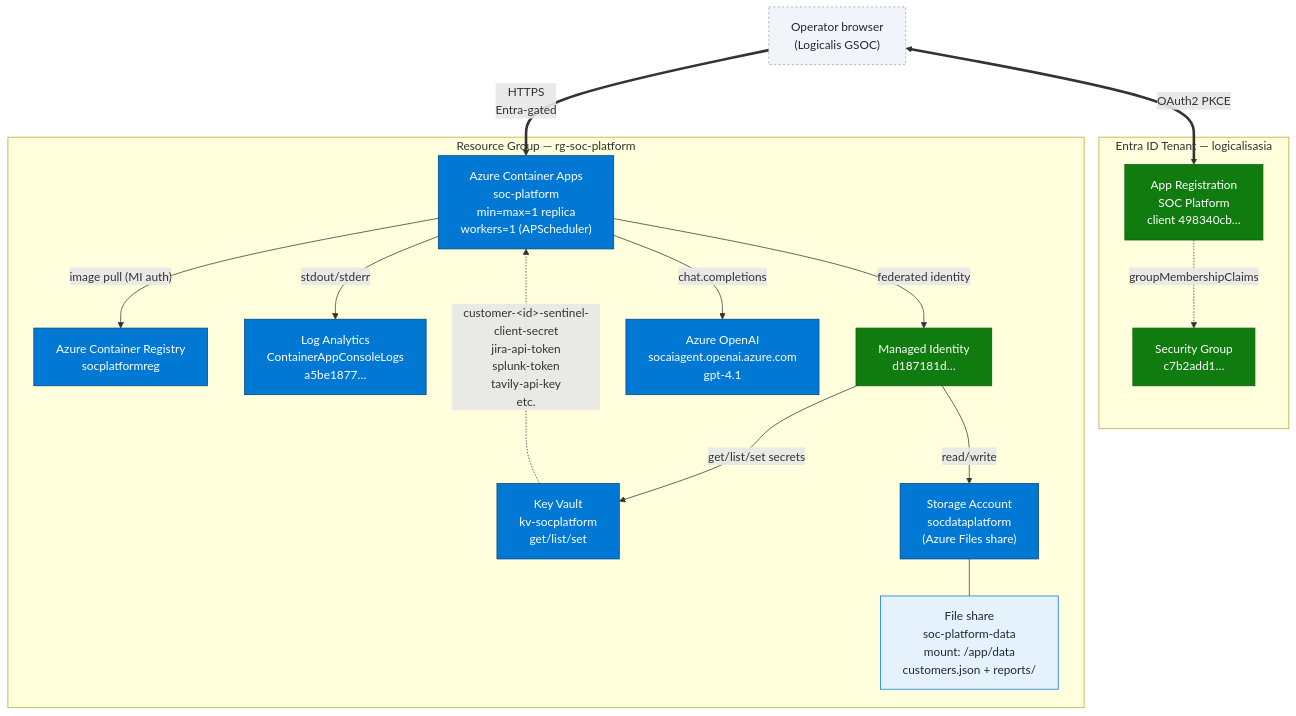
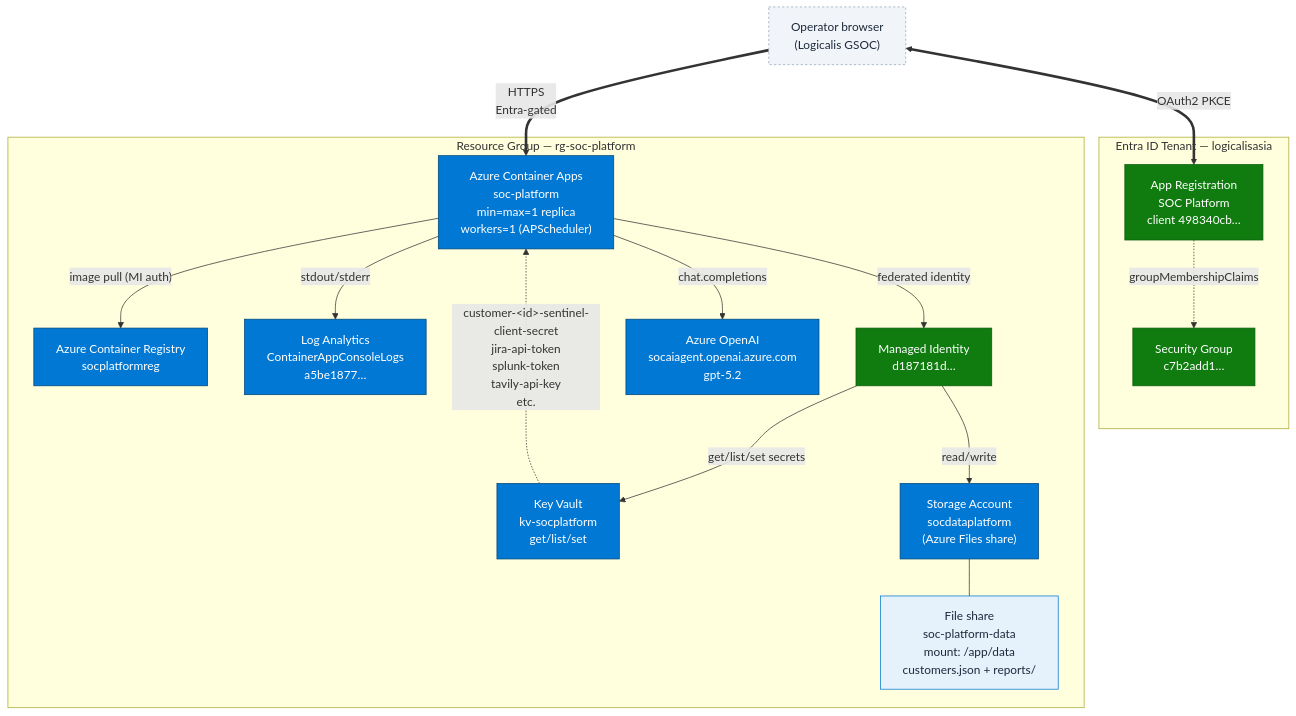
Before and after one commit to eugenechia/soc-platform: the second of 4 diagrams in docs/architecture/ARCHITECTURE.md, drawn with Mermaid. The commit also changed other lines of this file and 7 other files, not shown here.

````diff
--- a/docs/architecture/ARCHITECTURE.md
+++ b/docs/architecture/ARCHITECTURE.md
@@ -91,39 +91,39 @@
 ```mermaid
 flowchart TB
     classDef azureRes fill:#0078D4,color:#fff,stroke:#004578,stroke-width:1px
     classDef storage  fill:#E5F1FB,color:#1E293B,stroke:#0078D4,stroke-width:1px
     classDef identity fill:#107C10,color:#fff,stroke:#0B5C0B,stroke-width:1px
     classDef external fill:#F1F5F9,color:#1E293B,stroke:#94A3B8,stroke-width:1px,stroke-dasharray:3 3
 
     USR["Operator browser<br/>(Logicalis GSOC)"]:::external
 
     subgraph TENANT["Entra ID Tenant — logicalisasia"]
         AAD["App Registration<br/>SOC Platform<br/>client 498340cb…"]:::identity
         SG["Security Group<br/>c7b2add1…"]:::identity
     end
 
     subgraph RG["Resource Group — rg-soc-platform"]
         ACA["Azure Container Apps<br/>soc-platform<br/>min=max=1 replica<br/>workers=1 (APScheduler)"]:::azureRes
         ACR["Azure Container Registry<br/>socplatformreg"]:::azureRes
         KV["Key Vault<br/>kv-socplatform<br/>get/list/set"]:::azureRes
         SA["Storage Account<br/>socdataplatform<br/>(Azure Files share)"]:::azureRes
         FS["File share<br/>soc-platform-data<br/>mount: /app/data<br/>customers.json + reports/"]:::storage
         LAW["Log Analytics<br/>ContainerAppConsoleLogs<br/>a5be1877…"]:::azureRes
         MI["Managed Identity<br/>d187181d…"]:::identity
-        AOAI["Azure OpenAI<br/>socaiagent.openai.azure.com<br/>gpt-4.1"]:::azureRes
+        AOAI["Azure OpenAI<br/>socaiagent.openai.azure.com<br/>gpt-5.2"]:::azureRes
     end
 
     USR ==>|"HTTPS<br/>Entra-gated"| ACA
     USR <==>|"OAuth2 PKCE"| AAD
     AAD -.->|"groupMembershipClaims"| SG
 
     ACA -->|"federated identity"| MI
     MI -->|"get/list/set secrets"| KV
     MI -->|"read/write"| SA
     SA --- FS
     ACA -->|"stdout/stderr"| LAW
     ACA -->|"image pull (MI auth)"| ACR
     ACA -->|"chat.completions"| AOAI
 
     KV -.->|"customer-&lt;id&gt;-sentinel-client-secret<br/>jira-api-token<br/>splunk-token<br/>tavily-api-key<br/>etc."| ACA
 ```
````
